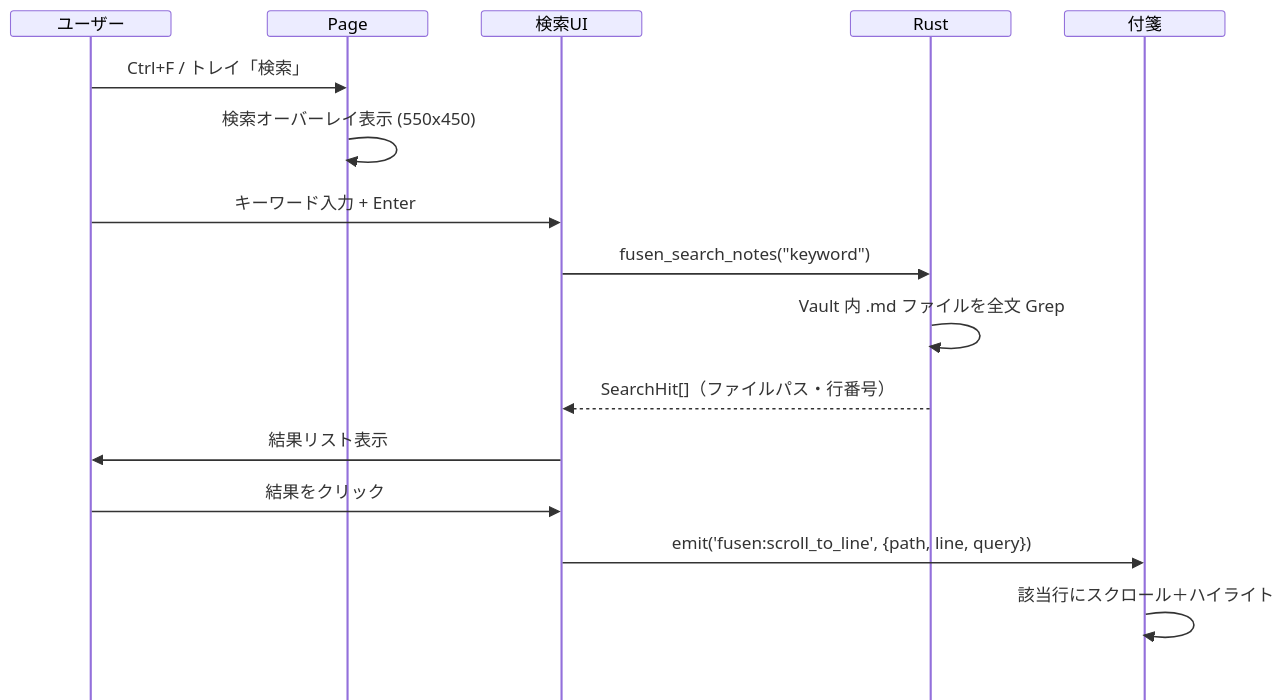
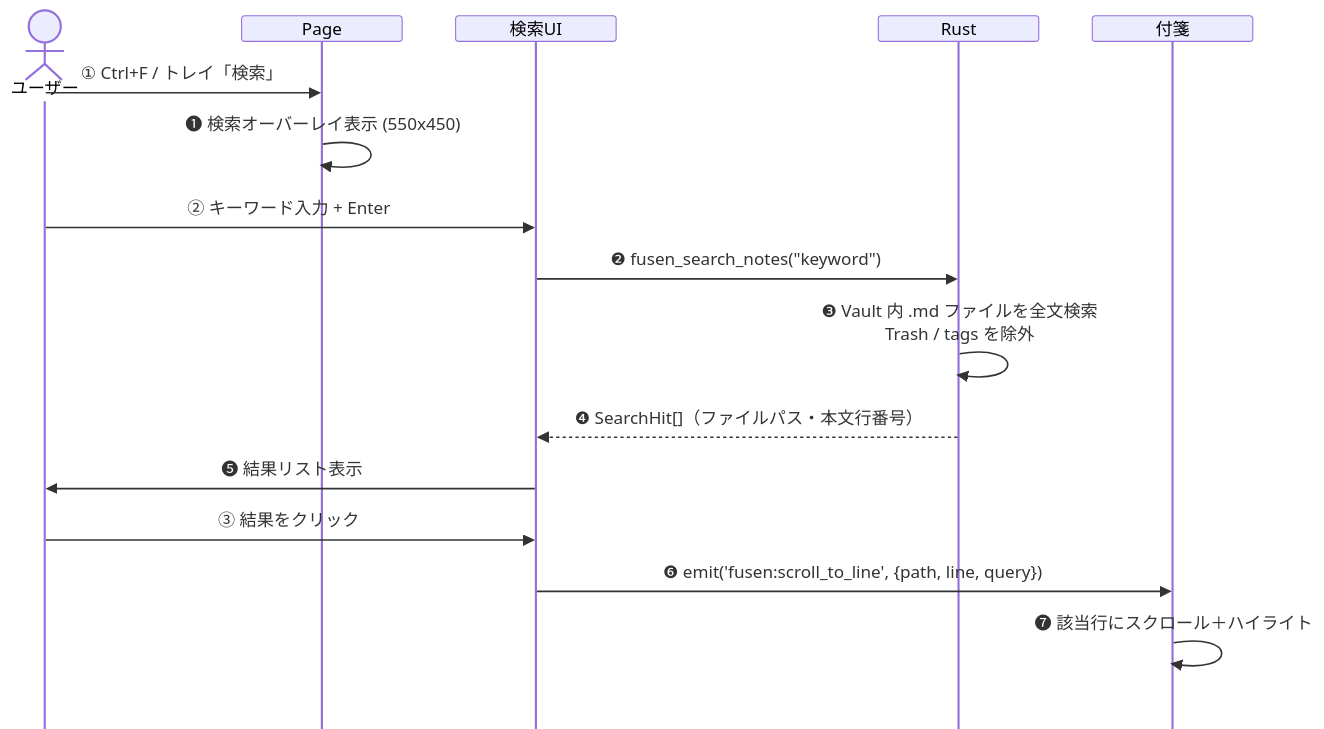
One commit to ore-no-fusen/ore-no-fusen changed the seventh of 8 diagrams in docs-v2/002_PC.md. Above: the diagram before and after it, drawn with Mermaid. The commit also changed other lines of this file and 32 other files, not shown here.

````diff
--- a/docs-v2/002_PC.md
+++ b/docs-v2/002_PC.md
@@ -439,20 +464,20 @@
 ```mermaid
 %%{init: {'sequence': {'messageMargin': 8, 'mirrorActors': false, 'height': 24, 'boxMargin': 4, 'noteMargin': 6}}}%%
 sequenceDiagram
-    participant U as ユーザー
+    actor U as ユーザー
     participant P as Page
     participant S as 検索UI
     participant R as Rust
     participant W as 付箋
 
-    U->>P: Ctrl+F / トレイ「検索」
-    P->>P: 検索オーバーレイ表示 (550x450)
-    U->>S: キーワード入力 + Enter
-    S->>R: fusen_search_notes("keyword")
-    R->>R: Vault 内 .md ファイルを全文 Grep
-    R-->>S: SearchHit[]（ファイルパス・行番号）
-    S->>U: 結果リスト表示
-    U->>S: 結果をクリック
-    S->>W: emit('fusen:scroll_to_line', {path, line, query})
-    W->>W: 該当行にスクロール＋ハイライト
+    U->>P: ① Ctrl+F / トレイ「検索」
+    P->>P: ❶ 検索オーバーレイ表示 (550x450)
+    U->>S: ② キーワード入力 + Enter
+    S->>R: ❷ fusen_search_notes("keyword")
+    R->>R: ❸ Vault 内 .md ファイルを全文検索<br>Trash / tags を除外
+    R-->>S: ❹ SearchHit[]（ファイルパス・本文行番号）
+    S->>U: ❺ 結果リスト表示
+    U->>S: ③ 結果をクリック
+    S->>W: ❻ emit('fusen:scroll_to_line', {path, line, query})
+    W->>W: ❼ 該当行にスクロール＋ハイライト
 ```
````
